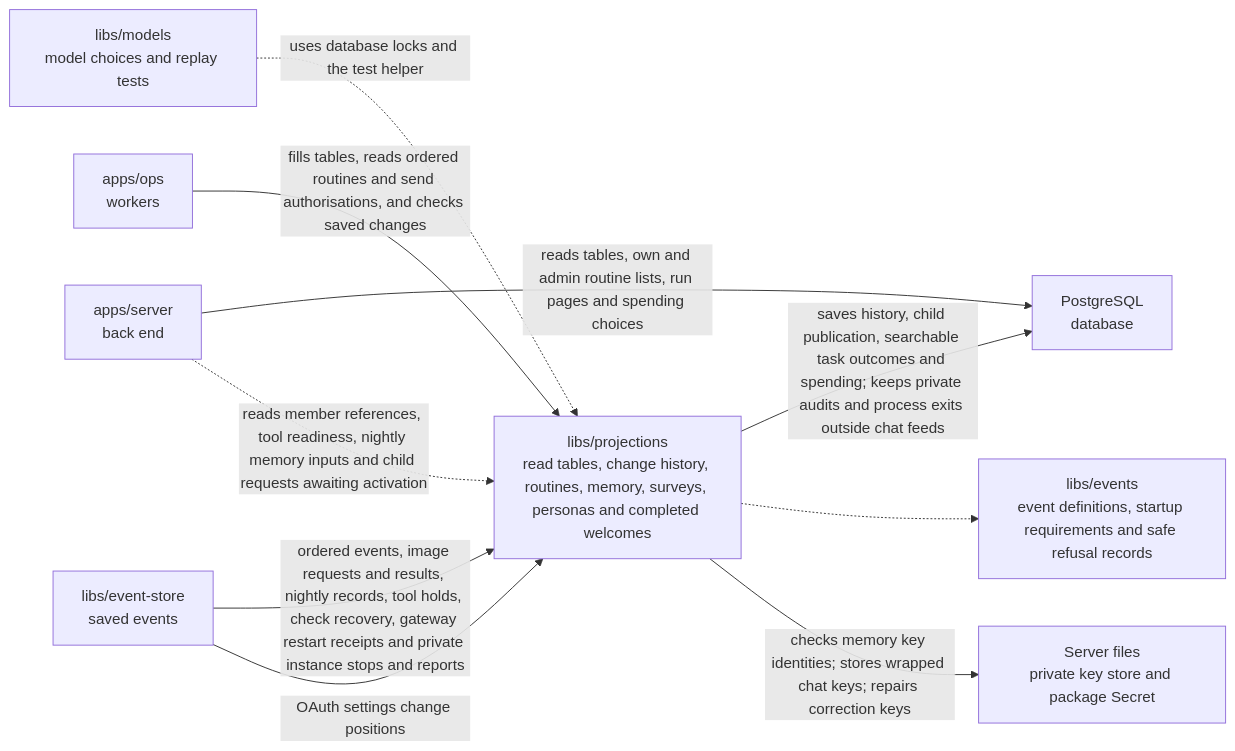
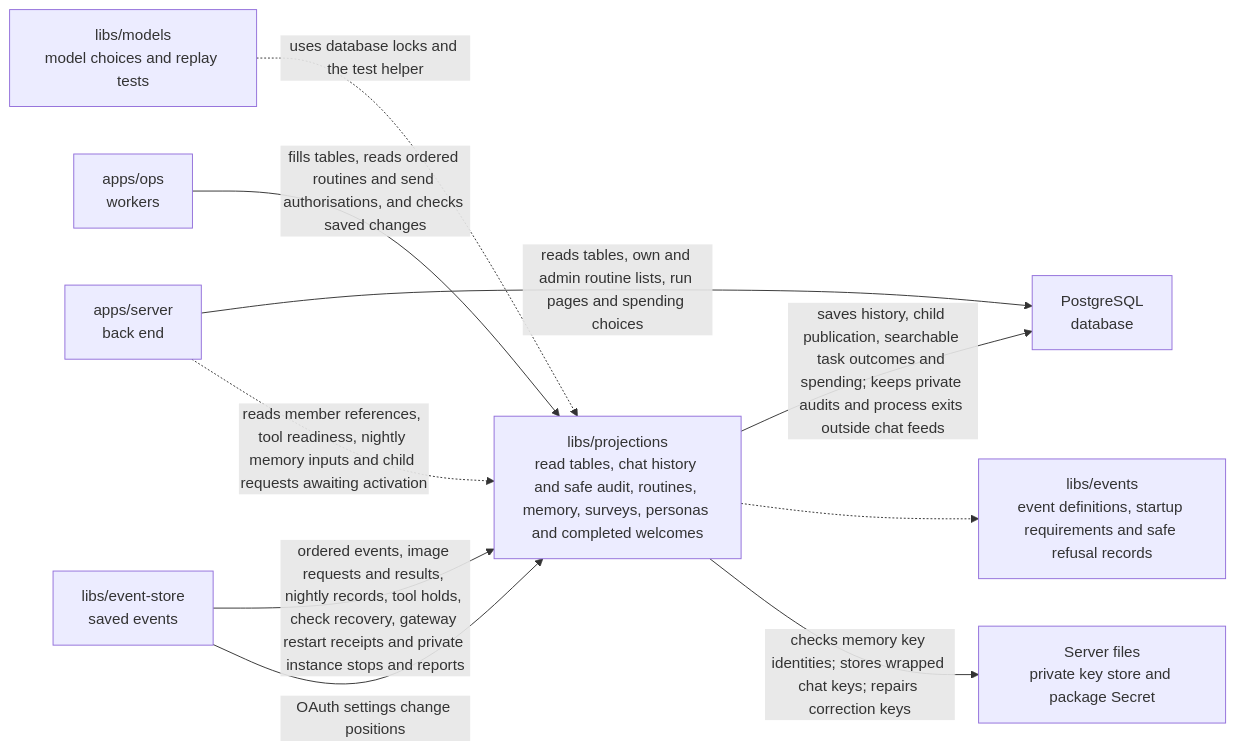
The diagram in libs/projections/README.md (elewa-git/opencrane-new), drawn with Mermaid before and after one commit. The commit also changed other lines of this file and 44 other files, not shown here.

````diff
--- a/libs/projections/README.md
+++ b/libs/projections/README.md
@@ -54,12 +56,12 @@
 ```mermaid
 flowchart LR
   models["libs/models<br/>model choices and replay tests"] -.->|uses database locks and the test helper| projections
-  ops["apps/ops<br/>workers"] -->|fills tables, reads ordered routines and send authorisations, and checks saved changes| projections["libs/projections<br/>read tables, change history, routines, memory, surveys, personas and completed welcomes"]
+  ops["apps/ops<br/>workers"] -->|fills tables, reads ordered routines and send authorisations, and checks saved changes| projections["libs/projections<br/>read tables, chat history and safe audit, routines, memory, surveys, personas and completed welcomes"]
   server["apps/server<br/>back end"] -->|reads tables, own and admin routine lists, run pages and spending choices| pg["PostgreSQL<br/>database"]
   projections -->|saves history, child publication, searchable task outcomes and spending; keeps private audits and process exits outside chat feeds| pg
   store["libs/event-store<br/>saved events"] -->|ordered events, image requests and results, nightly records, tool holds, check recovery, gateway restart receipts and private instance stops and reports| projections
   server -.->|reads member references, tool readiness, nightly memory inputs and child requests awaiting activation| projections
   projections -.-> events["libs/events<br/>event definitions, startup requirements and safe refusal records"]
   projections -->|checks memory key identities; stores wrapped chat keys; repairs correction keys| keys["Server files<br/>private key store and package Secret"]
   store -->|OAuth settings change positions| projections
 ```
````
